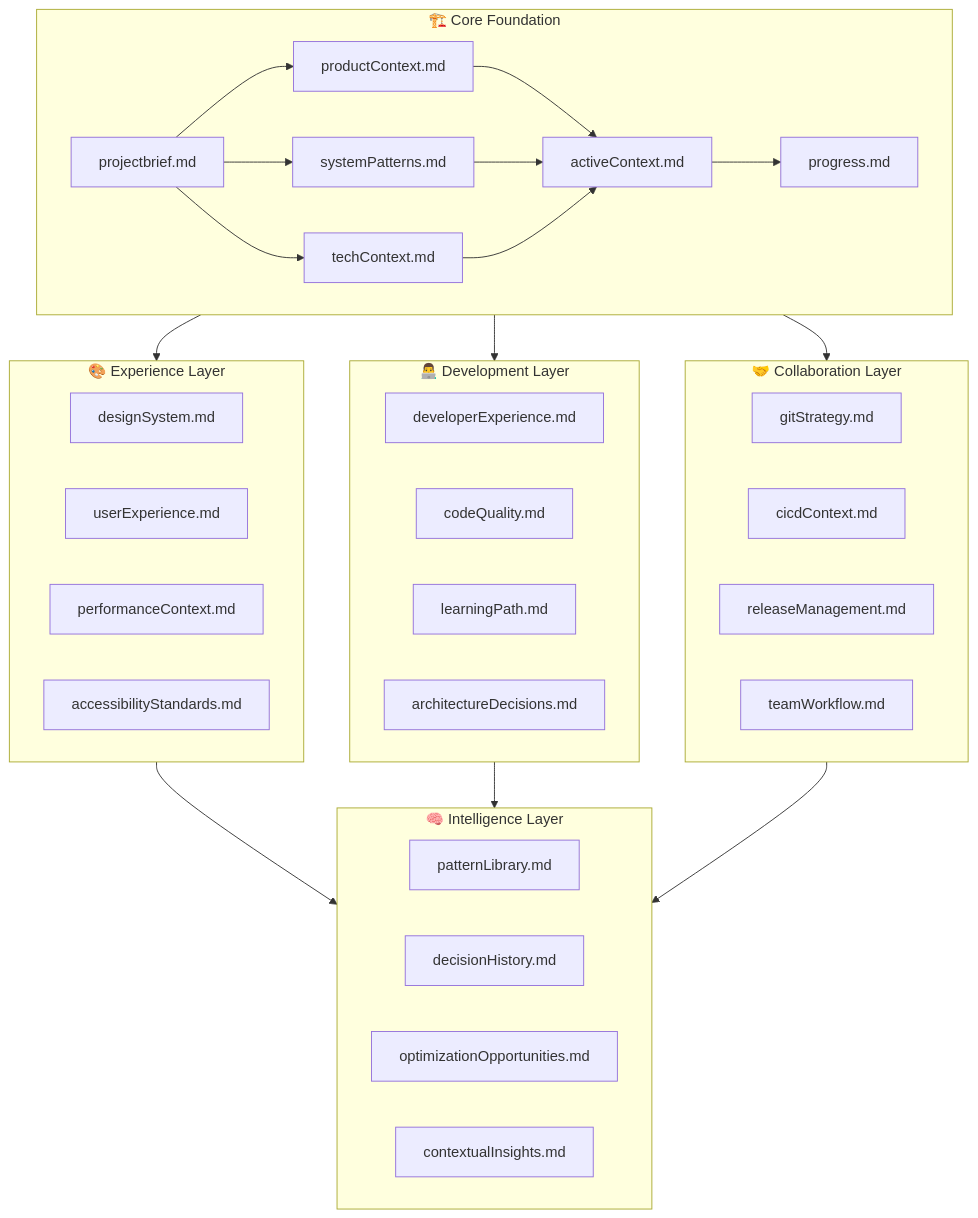
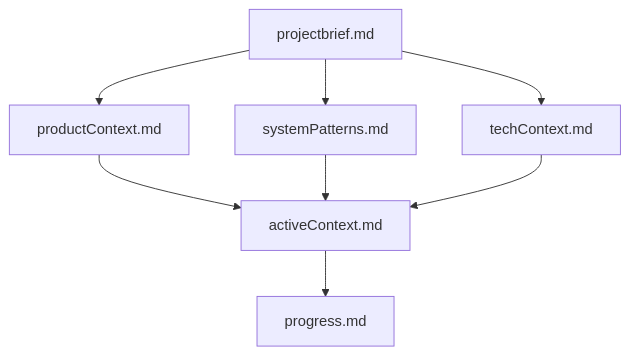
Before and after one commit to ishwar-chandra/llm-profiles-prompts: the first of 5 diagrams in augment memorybank.md, drawn with Mermaid. The commit also changed other lines of this file, not shown here.

````diff
--- a/augment memorybank.md
+++ b/augment memorybank.md
@@ -19,54 +9,12 @@
 ```mermaid
 flowchart TD
-    subgraph Core ["🏗️ Core Foundation"]
-        PB[projectbrief.md]
-        PC[productContext.md]
-        AC[activeContext.md]
-        SP[systemPatterns.md]
-        TC[techContext.md]
-        PR[progress.md]
-    end
-
-    subgraph Experience ["🎨 Experience Layer"]
-        DS[designSystem.md]
-        UX[userExperience.md]
-        PERF[performanceContext.md]
-        A11Y[accessibilityStandards.md]
-    end
-
-    subgraph Development ["👨‍💻 Development Layer"]
-        DX[developerExperience.md]
-        CQ[codeQuality.md]
-        LP[learningPath.md]
-        AD[architectureDecisions.md]
-    end
-
-    subgraph Collaboration ["🤝 Collaboration Layer"]
-        GS[gitStrategy.md]
-        CI[cicdContext.md]
-        RM[releaseManagement.md]
-        TW[teamWorkflow.md]
-    end
-
-    subgraph Intelligence ["🧠 Intelligence Layer"]
-        PL[patternLibrary.md]
-        DH[decisionHistory.md]
-        OO[optimizationOpportunities.md]
-        CI_INSIGHTS[contextualInsights.md]
-    end
-
-    PB --> PC
-    PB --> SP
-    PB --> TC
-    PC --> AC
+    PB[projectbrief.md] --> PC[productContext.md]
+    PB --> SP[systemPatterns.md]
+    PB --> TC[techContext.md]
+    
+    PC --> AC[activeContext.md]
     SP --> AC
     TC --> AC
-    AC --> PR
-
-    Core --> Experience
-    Core --> Development
-    Core --> Collaboration
-    Experience --> Intelligence
-    Development --> Intelligence
-    Collaboration --> Intelligence
+    
+    AC --> P[progress.md]
 ```
````
